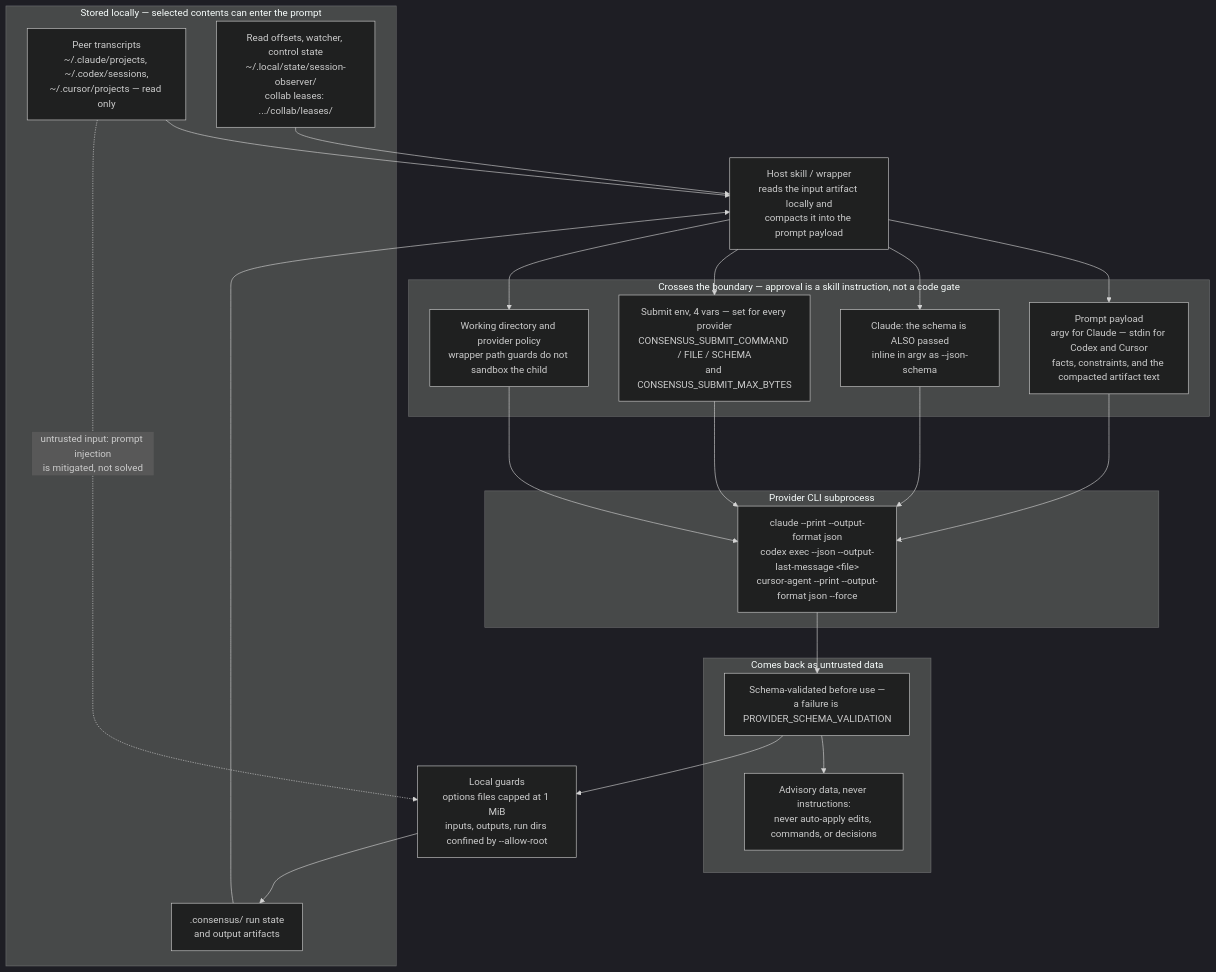
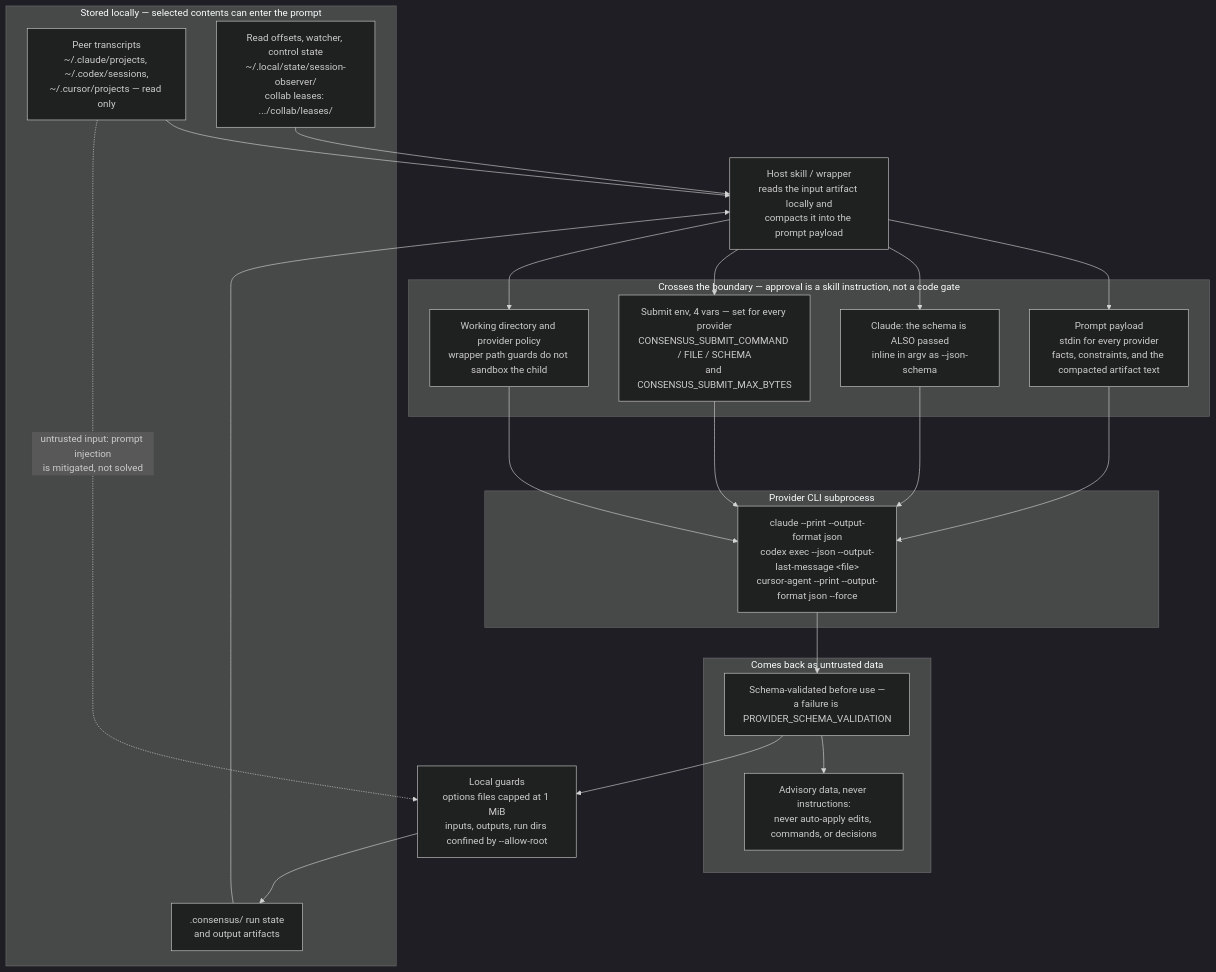
One commit to tkstang/skills changed the third of 3 diagrams in documentation/docs/user-guide/consensus/index.md. Above: the diagram before and after it, drawn with Mermaid (dark theme). The commit also changed other lines of this file and 51 other files, not shown here.

First line of the commit message:
feat(consensus): send Claude's prompt on stdin

````diff
--- a/documentation/docs/user-guide/consensus/index.md
+++ b/documentation/docs/user-guide/consensus/index.md
@@ -252,42 +252,42 @@
     ```mermaid
     flowchart TB
       accTitle: Consensus data boundary
       accDescr: Local transcripts, state and run artifacts feed the host wrapper, which builds the prompt, schema, submit environment and working directory sent to provider CLIs. Peer output returns as untrusted data, is schema-validated and treated as advice, and passes local guards before it is stored.
       subgraph local["Stored locally — selected contents can enter the prompt"]
         TR["Peer transcripts<br/>~/.claude/projects, ~/.codex/sessions,<br/>~/.cursor/projects — read only"]
         ST["Read offsets, watcher, control state<br/>~/.local/state/session-observer/<br/>collab leases: .../collab/leases/"]
         RUN[".consensus/ run state<br/>and output artifacts"]
       end
       HOST["Host skill / wrapper<br/>reads the input artifact locally and<br/>compacts it into the prompt payload"]
       subgraph crossing["Crosses the boundary — approval is a skill instruction, not a code gate"]
-        PR["Prompt payload<br/>argv for Claude — stdin for Codex and Cursor<br/>facts, constraints, and the compacted artifact text"]
+        PR["Prompt payload<br/>stdin for every provider<br/>facts, constraints, and the compacted artifact text"]
         SCH["Claude: the schema is ALSO passed<br/>inline in argv as --json-schema"]
         ENV["Submit env, 4 vars — set for every provider<br/>CONSENSUS_SUBMIT_COMMAND / FILE / SCHEMA<br/>and CONSENSUS_SUBMIT_MAX_BYTES"]
         CWD["Working directory and provider policy<br/>wrapper path guards do not sandbox the child"]
       end
       subgraph remote["Provider CLI subprocess"]
         PEER["claude --print --output-format json<br/>codex exec --json --output-last-message &lt;file&gt;<br/>cursor-agent --print --output-format json --force"]
       end
       subgraph back["Comes back as untrusted data"]
         OUT["Schema-validated before use —<br/>a failure is PROVIDER_SCHEMA_VALIDATION"]
         REV["Advisory data, never instructions:<br/>never auto-apply edits, commands, or decisions"]
       end
       GUARD["Local guards<br/>options files capped at 1 MiB<br/>inputs, outputs, run dirs confined by --allow-root"]
 
       TR --> HOST
       ST --> HOST
       RUN --> HOST
       HOST --> PR
       HOST --> SCH
       HOST --> ENV
       HOST --> CWD
       PR --> PEER
       SCH --> PEER
       ENV --> PEER
       CWD --> PEER
       PEER --> OUT
       OUT --> REV
       OUT --> GUARD
       GUARD --> RUN
       TR -.->|"untrusted input: prompt injection<br/>is mitigated, not solved"| GUARD
     ```
````
